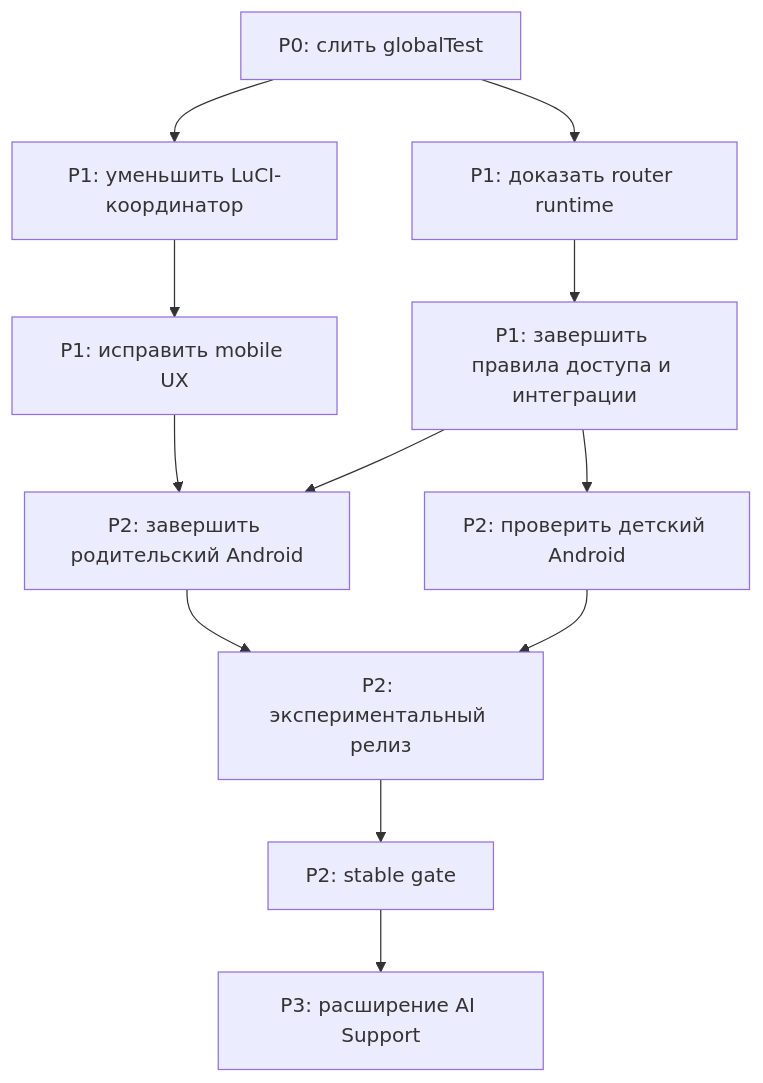
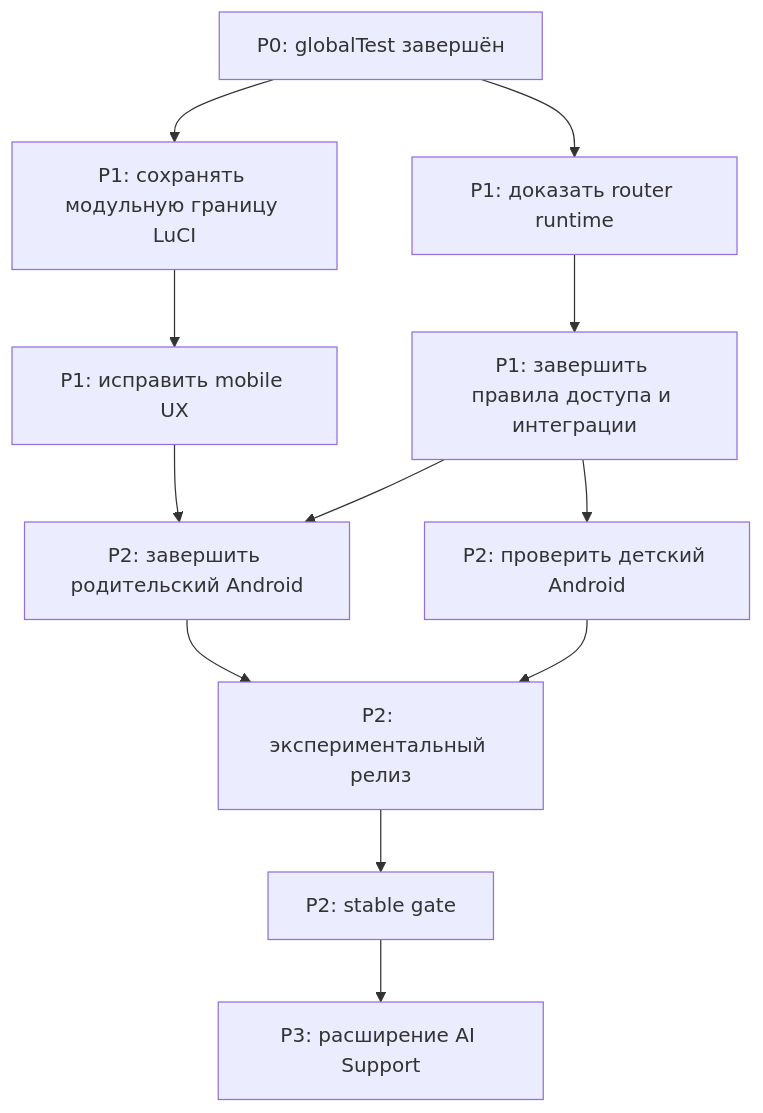
One commit to kva4991/luci-app-sheepfold-family-internet-control changed the diagram in docs/project-development-roadmap.ru.md. Above: the diagram before and after it, drawn with Mermaid. The commit also changed other lines of this file and 61 other files, not shown here.

````diff
--- a/docs/project-development-roadmap.ru.md
+++ b/docs/project-development-roadmap.ru.md
@@ -54,14 +54,14 @@
 ```mermaid
 flowchart TD
-    A["P0: слить globalTest"] --> B["P1: уменьшить LuCI-координатор"]
+    A["P0: globalTest завершён"] --> B["P1: сохранять модульную границу LuCI"]
     A --> C["P1: доказать router runtime"]
     B --> D["P1: исправить mobile UX"]
     C --> E["P1: завершить правила доступа и интеграции"]
     D --> F["P2: завершить родительский Android"]
     E --> F
     E --> G["P2: проверить детский Android"]
     F --> H["P2: экспериментальный релиз"]
     G --> H
     H --> I["P2: stable gate"]
     I --> J["P3: расширение AI Support"]
 ```
````
